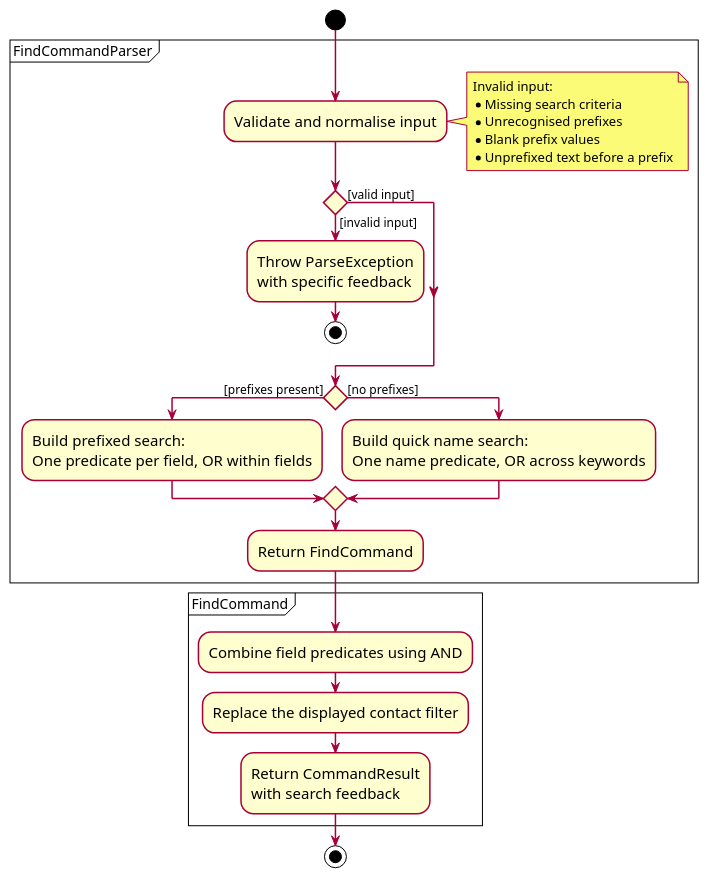
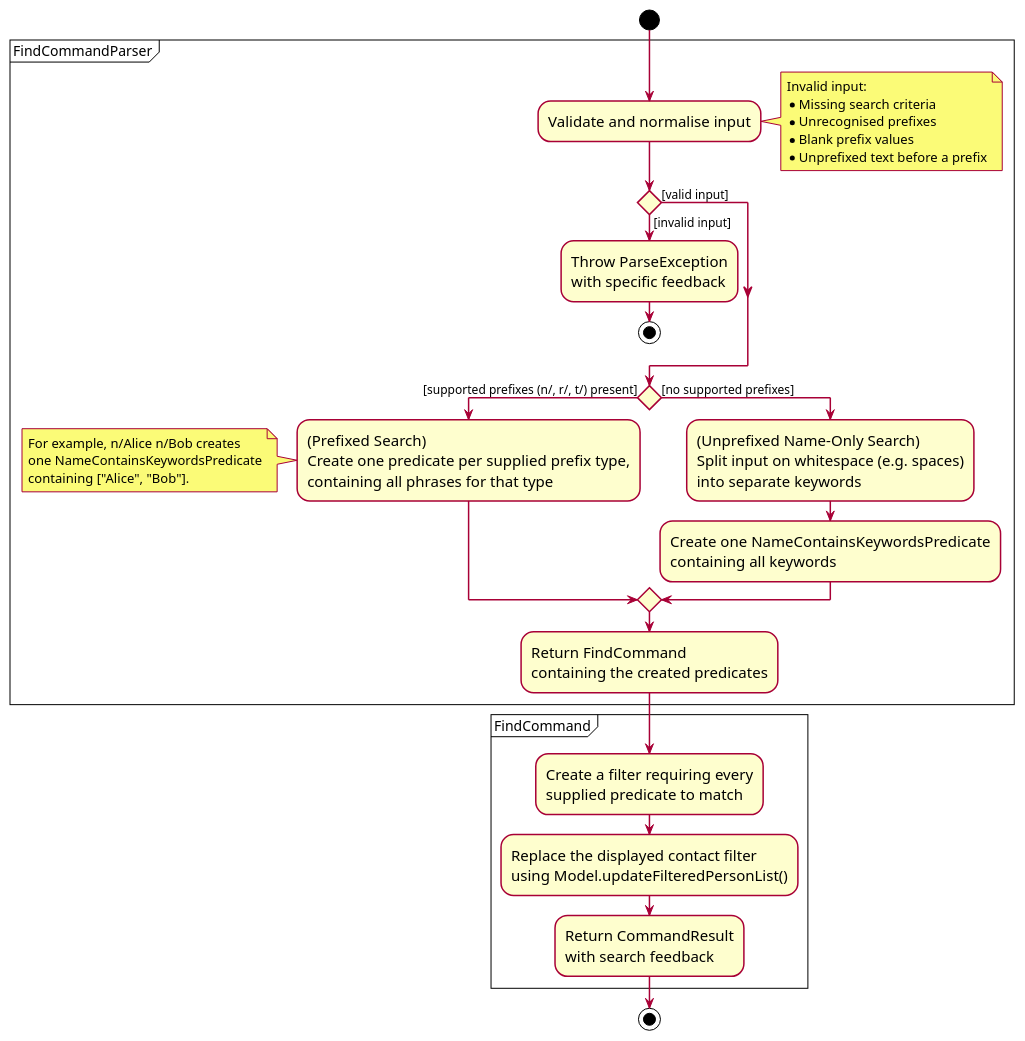
Before and after one commit to AY2627S1-CS2103T-F11-1/tp: the diagram in docs/diagrams/FindActivityDiagram.puml, drawn with PlantUML. The commit also changed 4 other files, not shown here.

Commit message:
Clarify find activity diagram and add sequence diagram

```diff
--- a/docs/diagrams/FindActivityDiagram.puml
+++ b/docs/diagrams/FindActivityDiagram.puml
@@ -1,41 +1,47 @@
 @startuml
 skin rose
 skinparam ActivityFontSize 15
 skinparam ArrowFontSize 12
 skinparam Shadowing false
 
 start
 
 partition FindCommandParser {
     :Validate and normalise input;
     note right
         Invalid input:
         * Missing search criteria
         * Unrecognised prefixes
         * Blank prefix values
         * Unprefixed text before a prefix
     end note
 
-    if () then ([valid input])
-    else ([invalid input])
+    if () then ([invalid input])
         :Throw ParseException\nwith specific feedback;
         stop
+    else ([valid input])
     endif
 
-    if () then ([prefixes present])
-        :Build prefixed search:\nOne predicate per field, OR within fields;
-    else ([no prefixes])
-        :Build quick name search:\nOne name predicate, OR across keywords;
+    if () then ([supported prefixes (n/, r/, t/) present])
+        :(Prefixed Search)\nCreate one predicate per supplied prefix type,\ncontaining all phrases for that type;
+        note left
+            For example, n/Alice n/Bob creates
+            one NameContainsKeywordsPredicate
+            containing ["Alice", "Bob"].
+        end note
+    else ([no supported prefixes])
+        :(Unprefixed Name-Only Search)\nSplit input on whitespace (e.g. spaces)\ninto separate keywords;
+        :Create one NameContainsKeywordsPredicate\ncontaining all keywords;
     endif
 
-    :Return FindCommand;
+    :Return FindCommand\ncontaining the created predicates;
 }
 
 partition FindCommand {
-    :Combine field predicates using AND;
-    :Replace the displayed contact filter;
+    :Create a filter requiring every\nsupplied predicate to match;
+    :Replace the displayed contact filter\nusing Model.updateFilteredPersonList();
     :Return CommandResult\nwith search feedback;
 }
 
 stop
 @enduml
```
